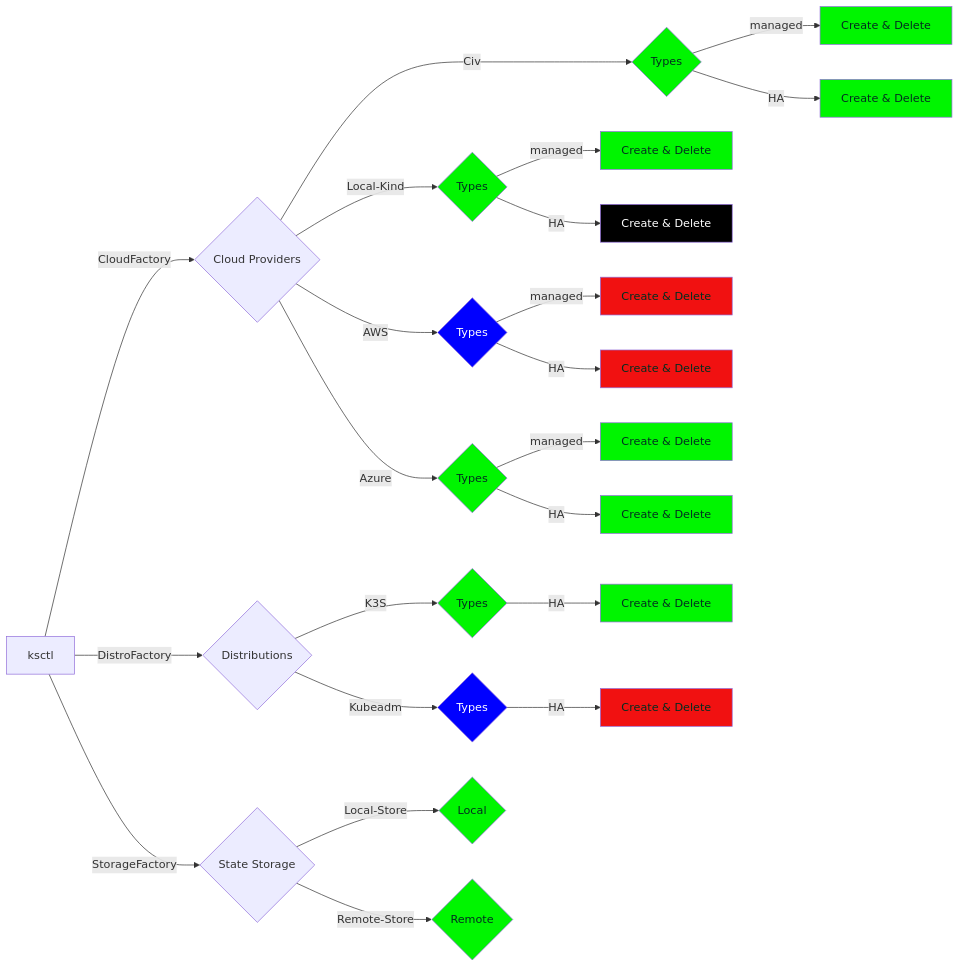
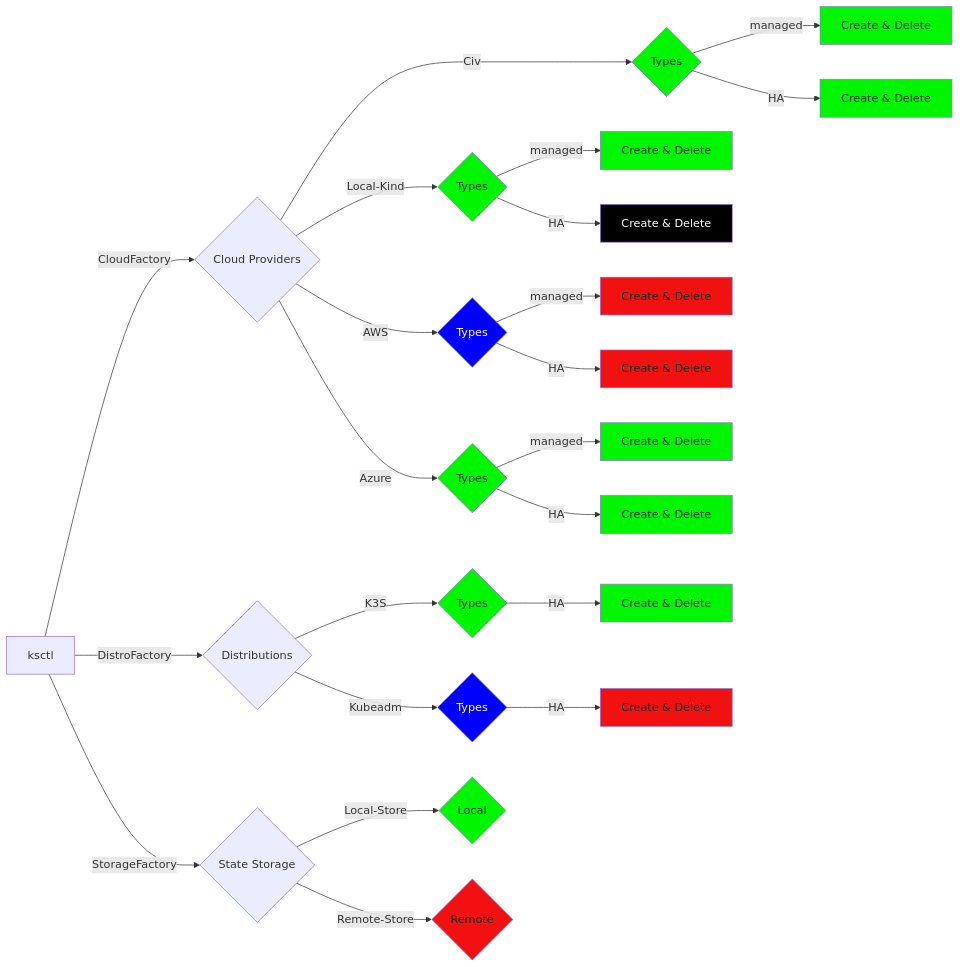
One commit to ksctl/ksctl changed the diagram in website/docs/roadmap.md. Above: the diagram before and after it, drawn with Mermaid. The commit also changed 2 other files, not shown here.

Commit message:
fix(docs): better looking key features and background for architecture

````diff
--- a/website/docs/roadmap.md
+++ b/website/docs/roadmap.md
@@ -20,38 +20,38 @@
 ```mermaid
 flowchart LR;
   classDef green color:#022e1f,fill:#00f500;
   classDef red color:#022e1f,fill:#f11111;
   classDef white color:#022e1f,fill:#fff;
   classDef black color:#fff,fill:#000;
   classDef blue color:#fff,fill:#00f;
 
   XX[ksctl]--CloudFactory-->web{Cloud Providers};
   XX[ksctl]--DistroFactory-->web2{Distributions};
   XX[ksctl]--StorageFactory-->web3{State Storage};
 
   web--Civo-->civo{Types};
   civo:::green--managed-->civom[Create & Delete]:::green;
   civo--HA-->civoha[Create & Delete]:::green;
 
   web--Local-Kind-->local{Types};
   local:::green--managed-->localm[Create & Delete]:::green;
   local--HA-->localha[Create & Delete]:::black;
 
   web--AWS-->aws{Types};
   aws:::blue--managed-->awsm[Create & Delete]:::red;
   aws--HA-->awsha[Create & Delete]:::red;
 
   web--Azure-->az{Types};
   az:::green--managed-->azsm[Create & Delete]:::green;
   az--HA-->azha[Create & Delete]:::green;
 
   web2--K3S-->k3s{Types};
   k3s:::green--HA-->k3ha[Create & Delete]:::green;
 
   web2--Kubeadm-->kubeadm{Types};
   kubeadm:::blue--HA-->kubeadmha[Create & Delete]:::red;
 
   web3--Local-Store-->slocal{Local}:::green;
-  web3--Remote-Store-->rlocal{Remote}:::green;
+  web3--Remote-Store-->rlocal{Remote}:::red;
 
 ```
````
